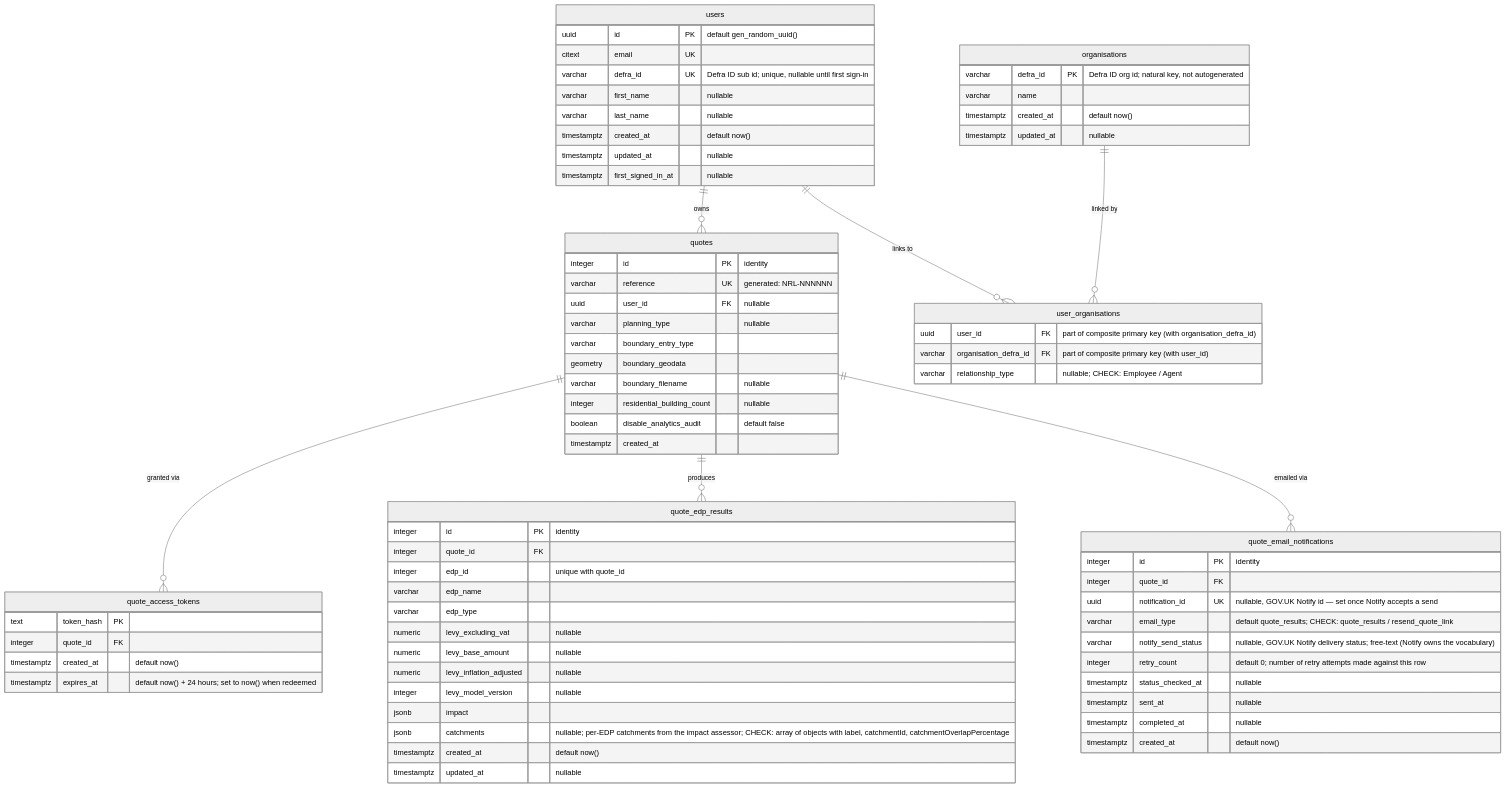
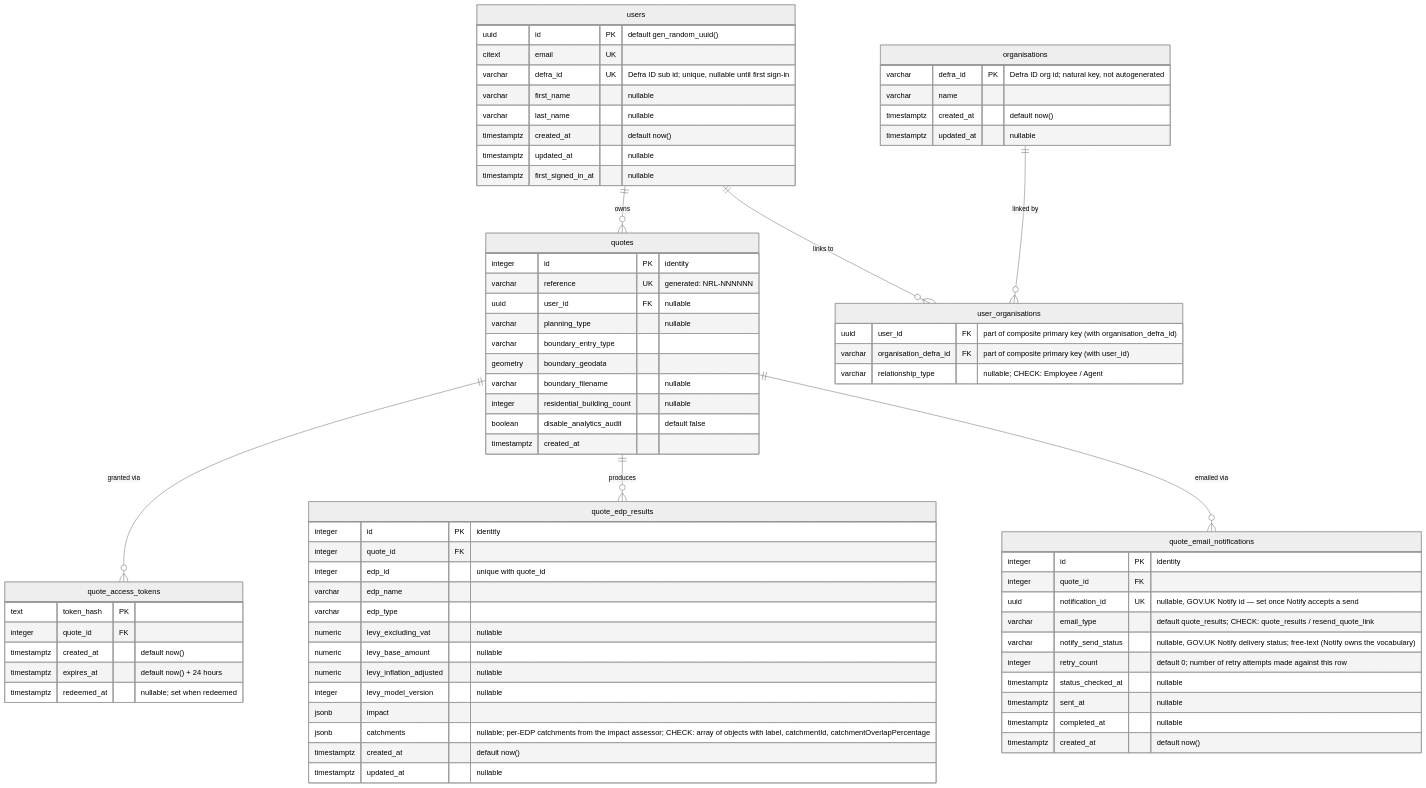
One commit to DEFRA/nrf-backend changed the diagram in docs/quote-database-diagram.md. Above: the diagram before and after it, drawn with Mermaid (neutral theme). The commit also changed 10 other files, not shown here.

Commit message:
NRF2-1256 Address review: redeemed_at guard, shared token schema, controller conventions

```diff
--- a/docs/quote-database-diagram.md
+++ b/docs/quote-database-diagram.md
@@ -58,7 +58,8 @@
         text token_hash PK
         integer quote_id FK
         timestamptz created_at "default now()"
-        timestamptz expires_at "default now() + 24 hours; set to now() when redeemed"
+        timestamptz expires_at "default now() + 24 hours"
+        timestamptz redeemed_at "nullable; set when redeemed"
     }
 
     quote_edp_results {
```
